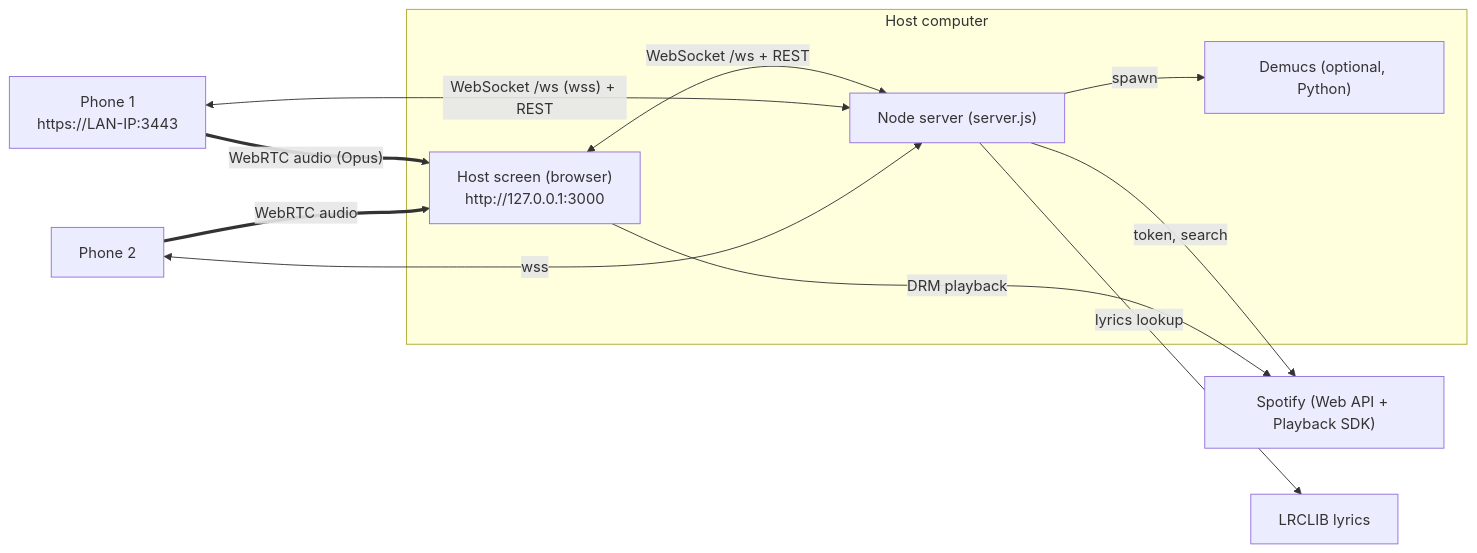
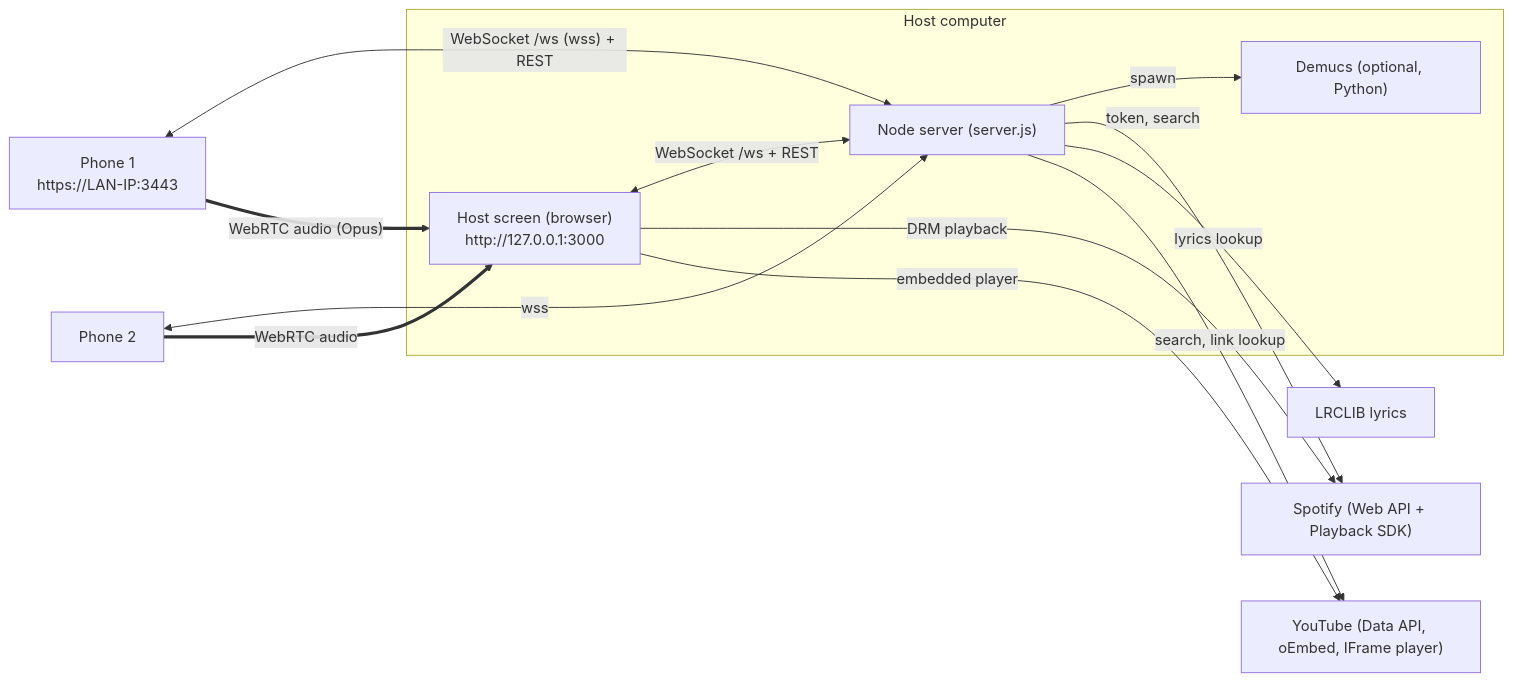
One commit to Sheekaboom/living-room-karaoke changed the diagram in docs/specs/01-architecture.md. Above: the diagram before and after it, drawn with Mermaid. The commit also changed other lines of this file and 16 other files, not shown here.

First line of the commit message:
Add YouTube as a song source

````diff
--- a/docs/specs/01-architecture.md
+++ b/docs/specs/01-architecture.md
@@ -7,21 +7,24 @@
 ```mermaid
 flowchart LR
   subgraph Computer["Host computer"]
     S["Node server (server.js)"]
     H["Host screen (browser)<br/>http://127.0.0.1:3000"]
     D["Demucs (optional, Python)"]
   end
   P1["Phone 1<br/>https://LAN-IP:3443"]
   P2["Phone 2"]
   SP["Spotify (Web API + Playback SDK)"]
+  YT["YouTube (Data API, oEmbed, IFrame player)"]
   LR["LRCLIB lyrics"]
   H <-- "WebSocket /ws + REST" --> S
   P1 <-- "WebSocket /ws (wss) + REST" --> S
   P2 <-- "wss" --> S
   P1 == "WebRTC audio (Opus)" ==> H
   P2 == "WebRTC audio" ==> H
   S -- spawn --> D
   S -- "token, search" --> SP
   H -- "DRM playback" --> SP
   S -- "lyrics lookup" --> LR
+  S -- "search, link lookup" --> YT
+  H -- "embedded player" --> YT
 ```
````
